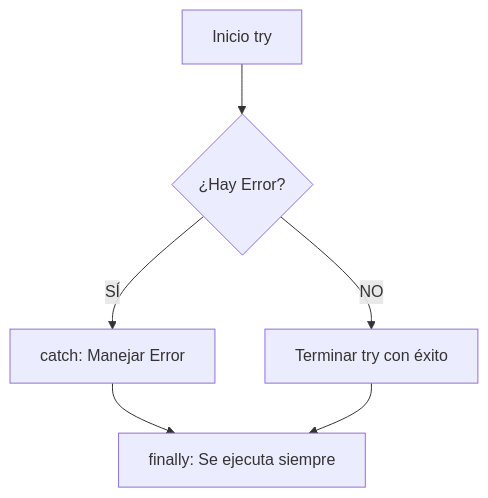
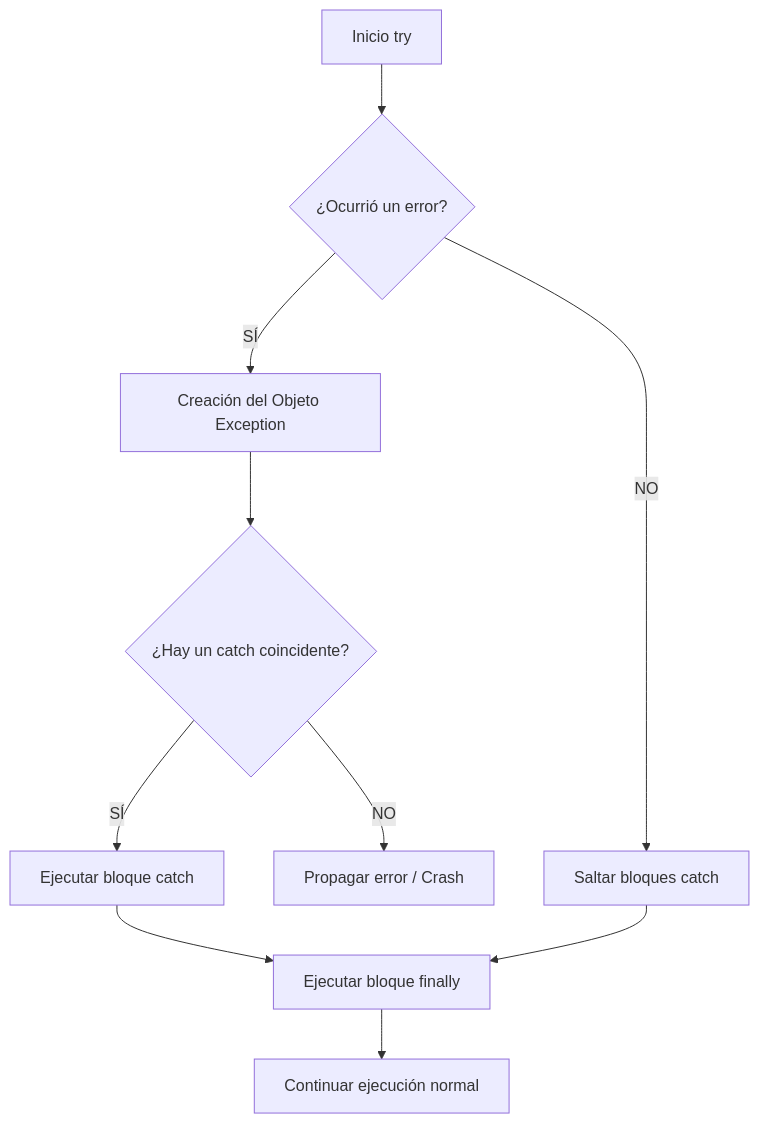
One commit to JMAbadLopez/programacion changed the third of 3 diagrams in docs/unidades/ud07.md. Above: the diagram before and after it, drawn with Mermaid. The commit also changed other lines of this file and 7 other files, not shown here.

````diff
--- a/docs/unidades/ud07.md
+++ b/docs/unidades/ud07.md
@@ -476,8 +642,12 @@
 ```mermaid
 graph TD
-    A[Inicio try] --> B{¿Hay Error?}
-    B -- SÍ --> C[catch: Manejar Error]
-    B -- NO --> D[Terminar try con éxito]
-    C --> E[finally: Se ejecuta siempre]
-    D --> E
+    A[Inicio try] --> B{¿Ocurrió un error?}
+    B -- SÍ --> C[Creación del Objeto Exception]
+    C --> D{¿Hay un catch coincidente?}
+    D -- SÍ --> E[Ejecutar bloque catch]
+    D -- NO --> F[Propagar error / Crash]
+    B -- NO --> G[Saltar bloques catch]
+    E --> H[Ejecutar bloque finally]
+    G --> H
+    H --> I[Continuar ejecución normal]
 ```
````
